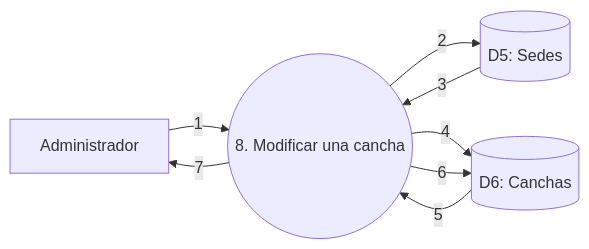
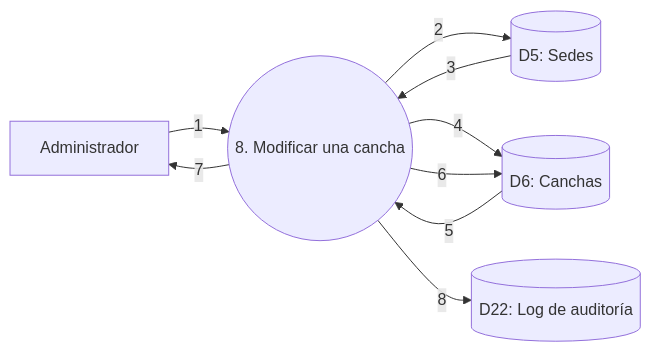
One commit to fasempertegui/Matchpoint-Taller changed the eighth of 41 diagrams in docs/DFD.md. Above: the diagram before and after it, drawn with Mermaid. The commit also changed other lines of this file and 48 other files, not shown here.

````diff
--- a/docs/DFD.md
+++ b/docs/DFD.md
@@ -230,15 +241,17 @@
 ```mermaid
 flowchart LR
     A[Administrador]
     P((8. Modificar una cancha))
     D5[(D5: Sedes)]
     D6[(D6: Canchas)]
+    D22[(D22: Log de auditoría)]
 
     A -->|1| P
     P -->|2| D5
     D5 -->|3| P
     P -->|4| D6
     D6 -->|5| P
     P -->|6| D6
     P -->|7| A
+    P -->|8| D22
 ```
````
